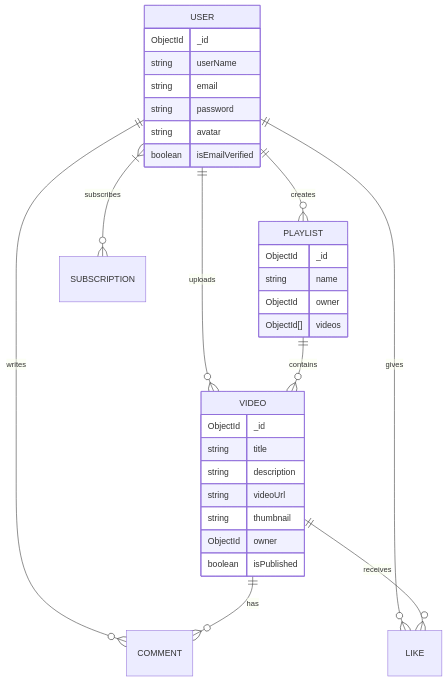
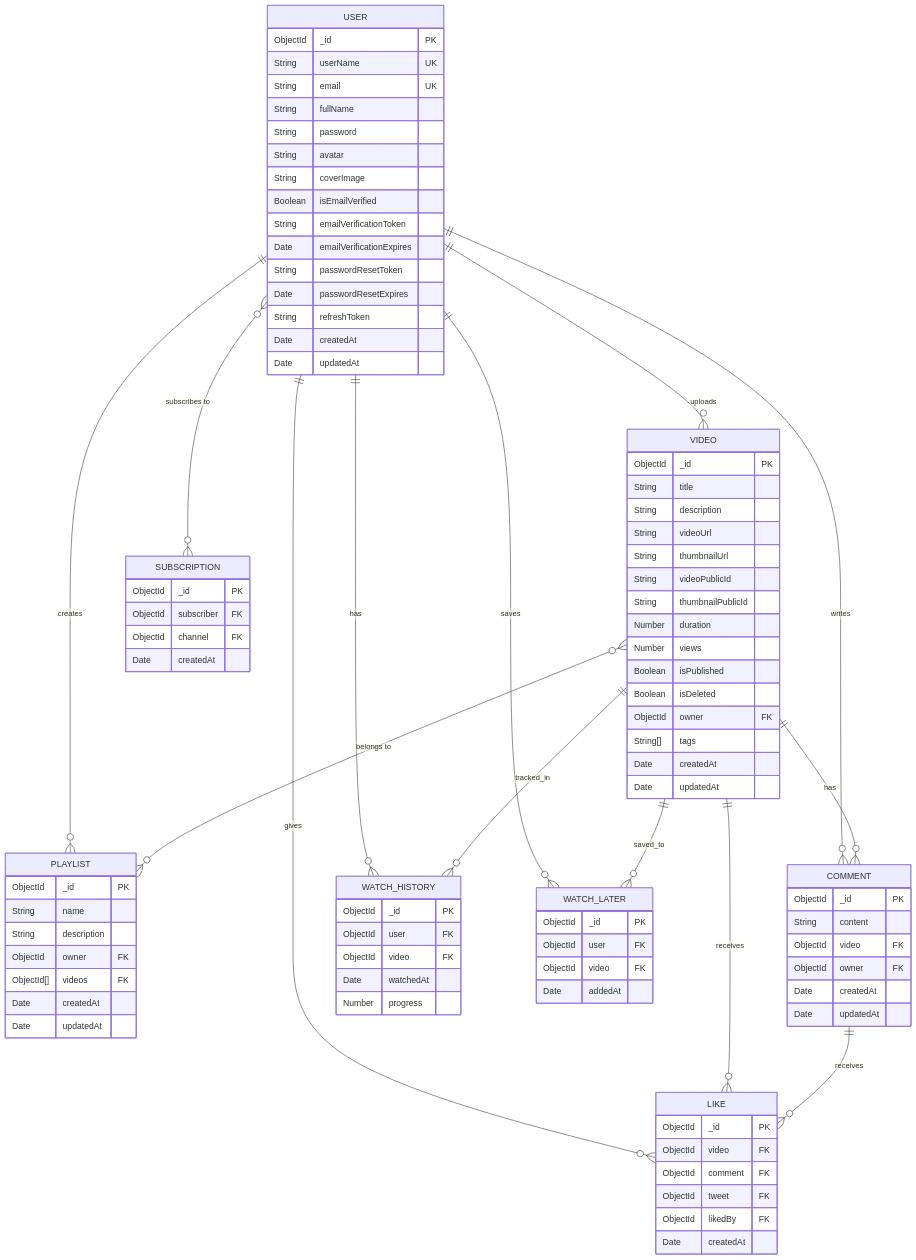
The fourth of 4 diagrams in README.md (Anurag-Basuri/streamify), drawn with Mermaid before and after one commit. The commit also changed other lines of this file, not shown here.

````diff
--- a/README.md
+++ b/README.md
@@ -335,34 +635,101 @@
     USER ||--o{ PLAYLIST : creates
     USER ||--o{ COMMENT : writes
     USER ||--o{ LIKE : gives
-    USER }|--o{ SUBSCRIPTION : subscribes
+    USER ||--o{ WATCH_HISTORY : has
+    USER ||--o{ WATCH_LATER : saves
+    USER }o--o{ SUBSCRIPTION : "subscribes to"
+
     VIDEO ||--o{ COMMENT : has
     VIDEO ||--o{ LIKE : receives
-    PLAYLIST ||--o{ VIDEO : contains
+    VIDEO }o--o{ PLAYLIST : "belongs to"
+    VIDEO ||--o{ WATCH_HISTORY : tracked_in
+    VIDEO ||--o{ WATCH_LATER : saved_to
+
+    COMMENT ||--o{ LIKE : receives
 
     USER {
-        ObjectId _id
-        string userName
-        string email
-        string password
-        string avatar
-        boolean isEmailVerified
+        ObjectId _id PK
+        String userName UK
+        String email UK
+        String fullName
+        String password
+        String avatar
+        String coverImage
+        Boolean isEmailVerified
+        String emailVerificationToken
+        Date emailVerificationExpires
+        String passwordResetToken
+        Date passwordResetExpires
+        String refreshToken
+        Date createdAt
+        Date updatedAt
     }
 
     VIDEO {
-        ObjectId _id
-        string title
-        string description
-        string videoUrl
-        string thumbnail
-        ObjectId owner
-        boolean isPublished
+        ObjectId _id PK
+        String title
+        String description
+        String videoUrl
+        String thumbnailUrl
+        String videoPublicId
+        String thumbnailPublicId
+        Number duration
+        Number views
+        Boolean isPublished
+        Boolean isDeleted
+        ObjectId owner FK
+        String[] tags
+        Date createdAt
+        Date updatedAt
     }
 
     PLAYLIST {
-        ObjectId _id
-        string name
-        ObjectId owner
-        ObjectId[] videos
+        ObjectId _id PK
+        String name
+        String description
+        ObjectId owner FK
+        ObjectId[] videos FK
+        Date createdAt
+        Date updatedAt
+    }
+
+    COMMENT {
+        ObjectId _id PK
+        String content
+        ObjectId video FK
+        ObjectId owner FK
+        Date createdAt
+        Date updatedAt
+    }
+
+    LIKE {
+        ObjectId _id PK
+        ObjectId video FK
+        ObjectId comment FK
+        ObjectId tweet FK
+        ObjectId likedBy FK
+        Date createdAt
+    }
+
+    SUBSCRIPTION {
+        ObjectId _id PK
+        ObjectId subscriber FK
+        ObjectId channel FK
+        Date createdAt
+    }
+
+    WATCH_HISTORY {
+        ObjectId _id PK
+        ObjectId user FK
+        ObjectId video FK
+        Date watchedAt
+        Number progress
+    }
+
+    WATCH_LATER {
+        ObjectId _id PK
+        ObjectId user FK
+        ObjectId video FK
+        Date addedAt
     }
 ```
````
